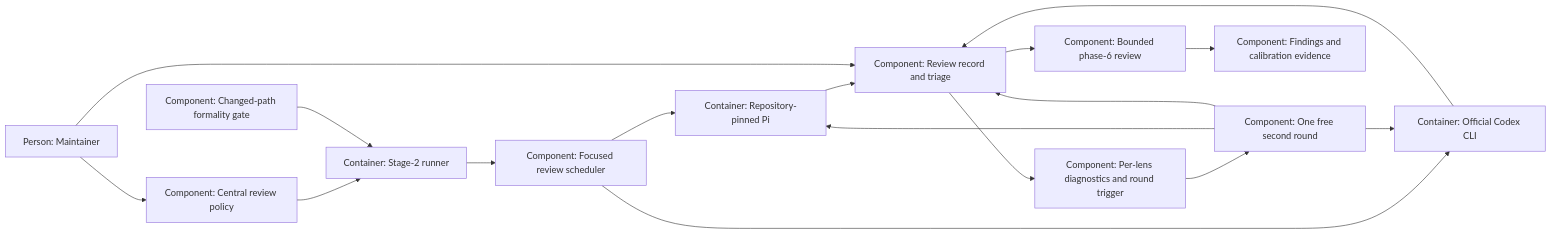
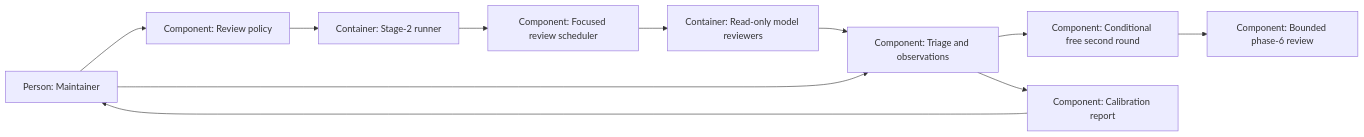
One commit to bicycle-brakes/monotrope changed the diagram in plans/changes/review-fewer-rounds/design.md. Above: the diagram before and after it, drawn with Mermaid. The commit also changed other lines of this file and 3 other files, not shown here.

First line of the commit message:
docs(review-fewer-rounds): draft spec and plan — route codex

````diff
--- a/plans/changes/review-fewer-rounds/design.md
+++ b/plans/changes/review-fewer-rounds/design.md
@@ -198,19 +105,13 @@
 ```mermaid
 flowchart LR
-    maintainer["Person: Maintainer"] --> policy["Component: Central review policy"]
+    person["Person: Maintainer"] --> policy["Component: Review policy"]
     policy --> runner["Container: Stage-2 runner"]
-    checks["Component: Changed-path formality gate"] --> runner
-    runner --> lenses["Component: Focused review scheduler"]
-    lenses --> pi["Container: Repository-pinned Pi"]
-    lenses --> codex["Container: Official Codex CLI"]
-    pi --> triage["Component: Review record and triage"]
-    codex --> triage
-    maintainer --> triage
-    triage --> overlap["Component: Per-lens diagnostics and round trigger"]
-    overlap --> free["Component: One free second round"]
-    free --> pi
-    free --> codex
-    free --> triage
-    triage --> final["Component: Bounded phase-6 review"]
-    final --> evidence["Component: Findings and calibration evidence"]
+    runner --> seats["Component: Focused review scheduler"]
+    seats --> review["Container: Read-only model reviewers"]
+    review --> triage["Component: Triage and observations"]
+    person --> triage
+    triage --> round["Component: Conditional free second round"]
+    round --> final["Component: Bounded phase-6 review"]
+    triage --> calibration["Component: Calibration report"]
+    calibration --> person
 ```
````
